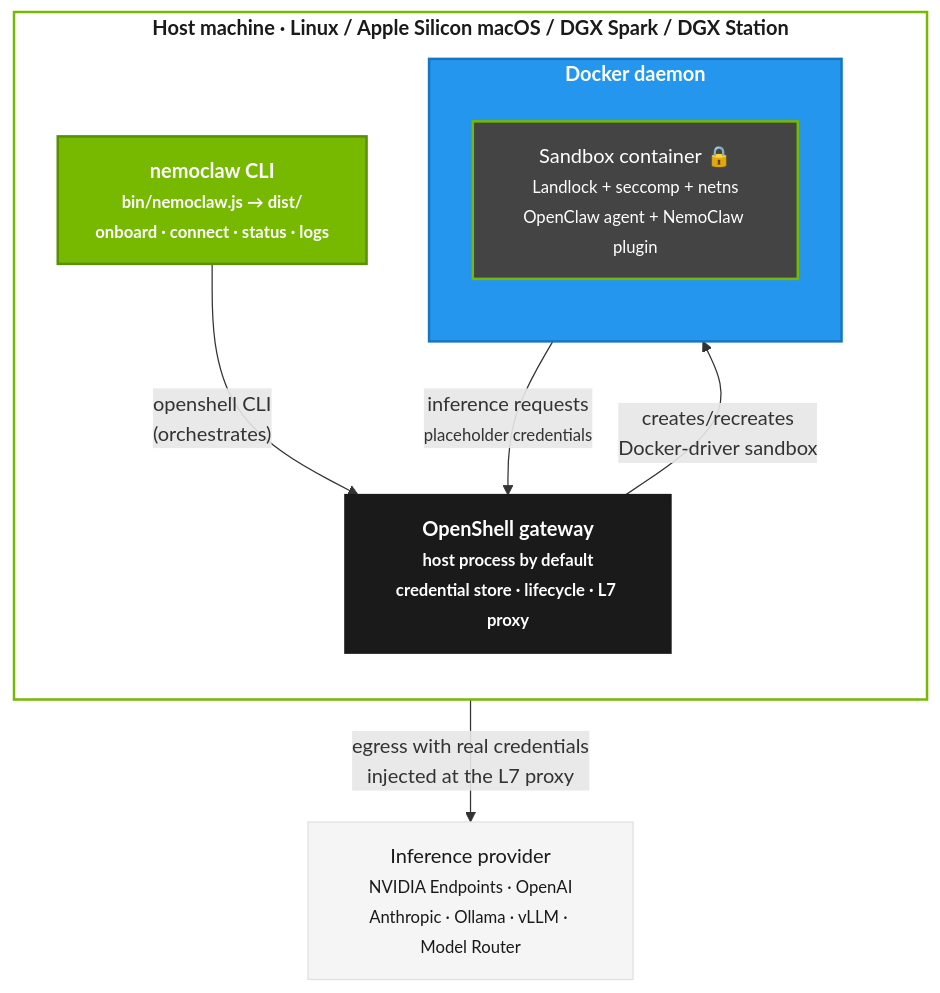
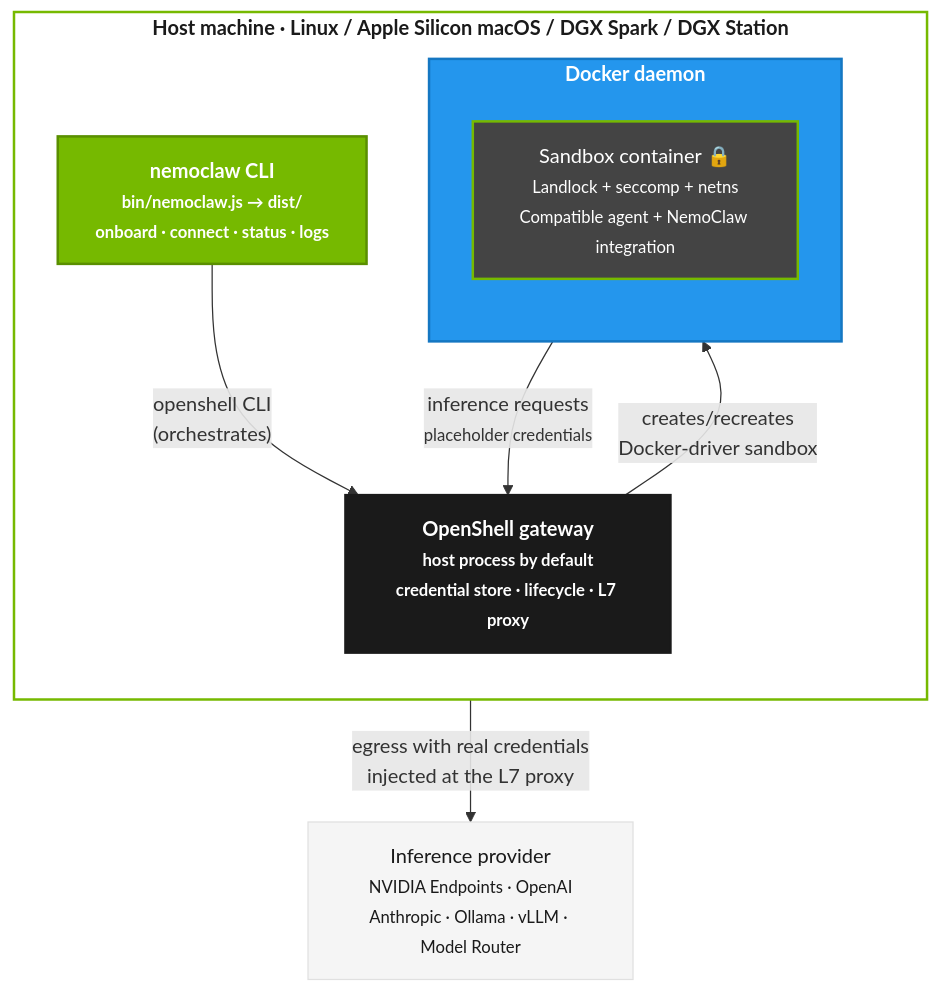
The second of 3 diagrams in docs/reference/architecture.mdx (Solizardking/NemoClaw), drawn with Mermaid before and after one commit. The commit also changed other lines of this file and 46 other files, not shown here.

````diff
--- a/docs/reference/architecture.mdx
+++ b/docs/reference/architecture.mdx
@@ -85,32 +85,32 @@
 ```mermaid
 graph TB
     classDef host fill:#fff,stroke:#76b900,stroke-width:2px,color:#1a1a1a,font-weight:bold
     classDef cli fill:#76b900,stroke:#5a8f00,color:#fff,stroke-width:2px,font-weight:bold
     classDef docker fill:#2496ed,stroke:#1577c2,color:#fff,stroke-width:2px,font-weight:bold
     classDef gateway fill:#1a1a1a,stroke:#1a1a1a,color:#fff,stroke-width:2px,font-weight:bold
     classDef sandbox fill:#444,stroke:#76b900,color:#fff,stroke-width:2px
     classDef external fill:#f5f5f5,stroke:#e0e0e0,color:#1a1a1a,stroke-width:1px
 
     subgraph HOST["Host machine · Linux / Apple Silicon macOS / DGX Spark / DGX Station"]
         direction TB
         CLI["nemoclaw CLI<br/><small>bin/nemoclaw.js → dist/<br/>onboard · connect · status · logs</small>"]:::cli
         GW["OpenShell gateway<br/><small>host process by default<br/>credential store · lifecycle · L7 proxy</small>"]:::gateway
 
         subgraph DOCKER["Docker daemon"]
             direction TB
-            SANDBOX["Sandbox container 🔒<br/><small>Landlock + seccomp + netns<br/>OpenClaw agent + NemoClaw plugin</small>"]:::sandbox
+            SANDBOX["Sandbox container 🔒<br/><small>Landlock + seccomp + netns<br/>Compatible agent + NemoClaw integration</small>"]:::sandbox
         end
     end
 
     INFER["Inference provider<br/><small>NVIDIA Endpoints · OpenAI<br/>Anthropic · Ollama · vLLM · Model Router</small>"]:::external
 
     CLI -->|"openshell CLI<br/>(orchestrates)"| GW
     GW -->|"creates/recreates<br/>Docker-driver sandbox"| SANDBOX
     SANDBOX -->|"inference requests<br/><small>placeholder credentials</small>"| GW
     GW -->|"egress with real credentials<br/>injected at the L7 proxy"| INFER
 
     class HOST host
     class DOCKER docker
     class GW gateway
     class SANDBOX sandbox
 ```
````
